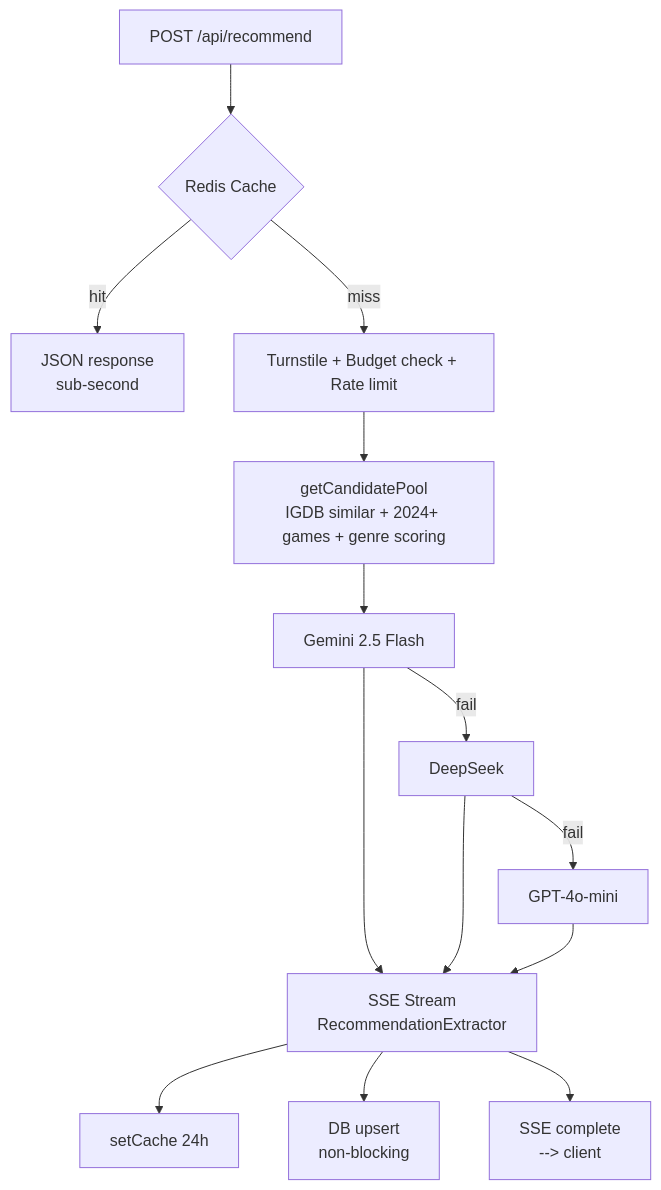
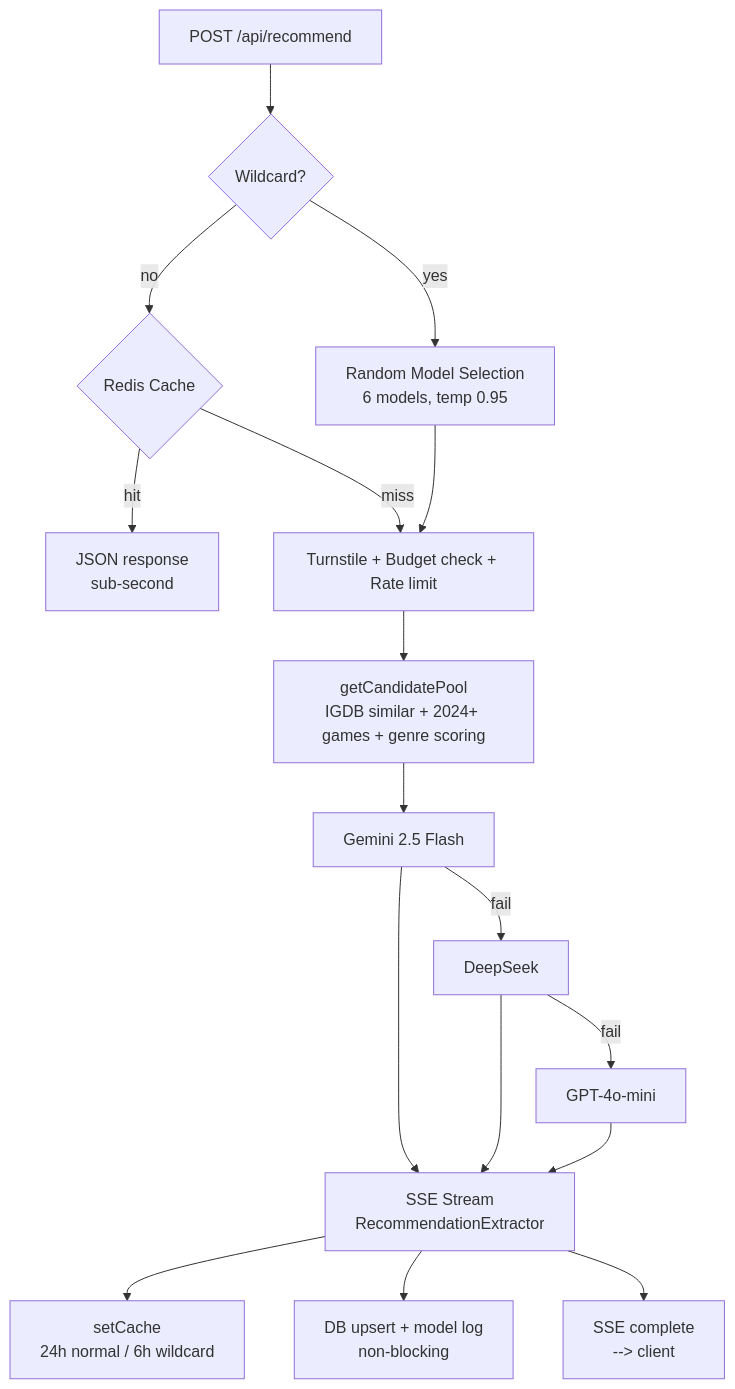
One commit to arasovic/likethisgame.com changed the diagram in README.md. Above: the diagram before and after it, drawn with Mermaid. The commit also changed other lines of this file, not shown here.

Commit message:
Add wildcard mode to showcase

````diff
--- a/README.md
+++ b/README.md
@@ -41,16 +42,19 @@
 ```mermaid
 flowchart TD
-    A[POST /api/recommend] --> B{Redis Cache}
-    B -- hit --> C[JSON response<br/>sub-second]
-    B -- miss --> D[Turnstile + Budget check + Rate limit]
-    D --> E[getCandidatePool<br/>IGDB similar + 2024+ games + genre scoring]
-    E --> F[Gemini 2.5 Flash]
-    F -- fail --> G[DeepSeek]
-    G -- fail --> H[GPT-4o-mini]
-    F --> I[SSE Stream<br/>RecommendationExtractor]
-    G --> I
-    H --> I
-    I --> J[setCache 24h]
-    I --> K[DB upsert<br/>non-blocking]
-    I --> L[SSE complete<br/>--> client]
+    A[POST /api/recommend] --> B{Wildcard?}
+    B -- no --> C{Redis Cache}
+    B -- yes --> W[Random Model Selection<br/>6 models, temp 0.95]
+    C -- hit --> D[JSON response<br/>sub-second]
+    C -- miss --> E[Turnstile + Budget check + Rate limit]
+    E --> F[getCandidatePool<br/>IGDB similar + 2024+ games + genre scoring]
+    F --> G[Gemini 2.5 Flash]
+    G -- fail --> H[DeepSeek]
+    H -- fail --> I[GPT-4o-mini]
+    W --> E
+    G --> J[SSE Stream<br/>RecommendationExtractor]
+    H --> J
+    I --> J
+    J --> K[setCache<br/>24h normal / 6h wildcard]
+    J --> L[DB upsert + model log<br/>non-blocking]
+    J --> M[SSE complete<br/>--> client]
 ```
````
